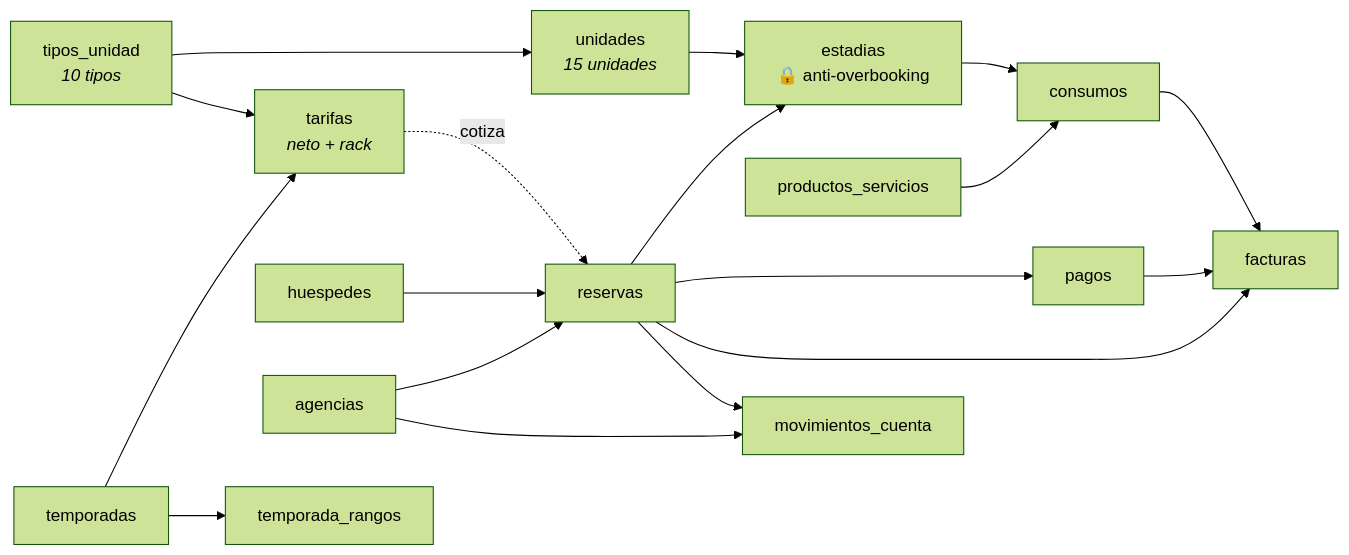
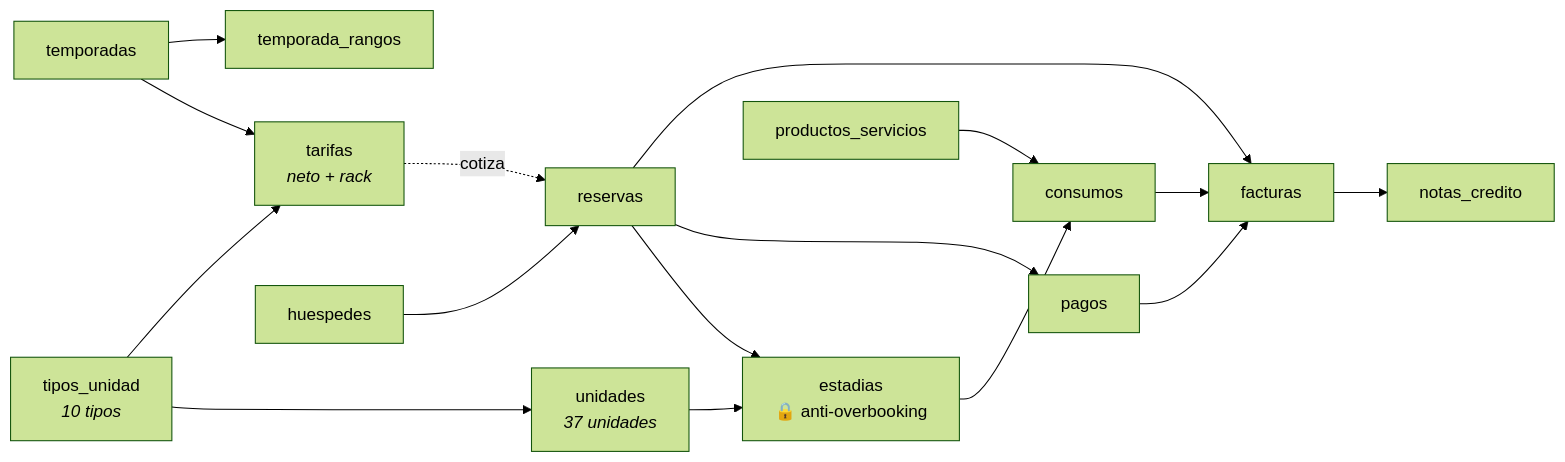
The diagram in docs/wiki/Modelo-de-datos.md (blanca-patagonia/BlancaPatagoniaHotelApp), drawn with Mermaid (forest theme) before and after one commit. The commit also changed other lines of this file and 13 other files, not shown here.

````diff
--- a/docs/wiki/Modelo-de-datos.md
+++ b/docs/wiki/Modelo-de-datos.md
@@ -13,23 +21,20 @@
 ```mermaid
 flowchart LR
-    TU["tipos_unidad<br/><i>10 tipos</i>"] --> U["unidades<br/><i>15 unidades</i>"]
+    TU["tipos_unidad<br/><i>10 tipos</i>"] --> U["unidades<br/><i>37 unidades</i>"]
     TU --> TA["tarifas<br/><i>neto + rack</i>"]
     TE["temporadas"] --> TA
     TE --> TR["temporada_rangos"]
 
     H["huespedes"] --> R["reservas"]
     TA -.->|cotiza| R
     R --> E["estadias<br/>🔒 anti-overbooking"]
     U --> E
 
     R --> P["pagos"]
     E --> C["consumos"]
     PS["productos_servicios"] --> C
     R --> F["facturas"]
     C --> F
     P --> F
-
-    A["agencias"] --> R
-    A --> MC["movimientos_cuenta"]
-    R --> MC
+    F --> NC["notas_credito"]
 ```
````
